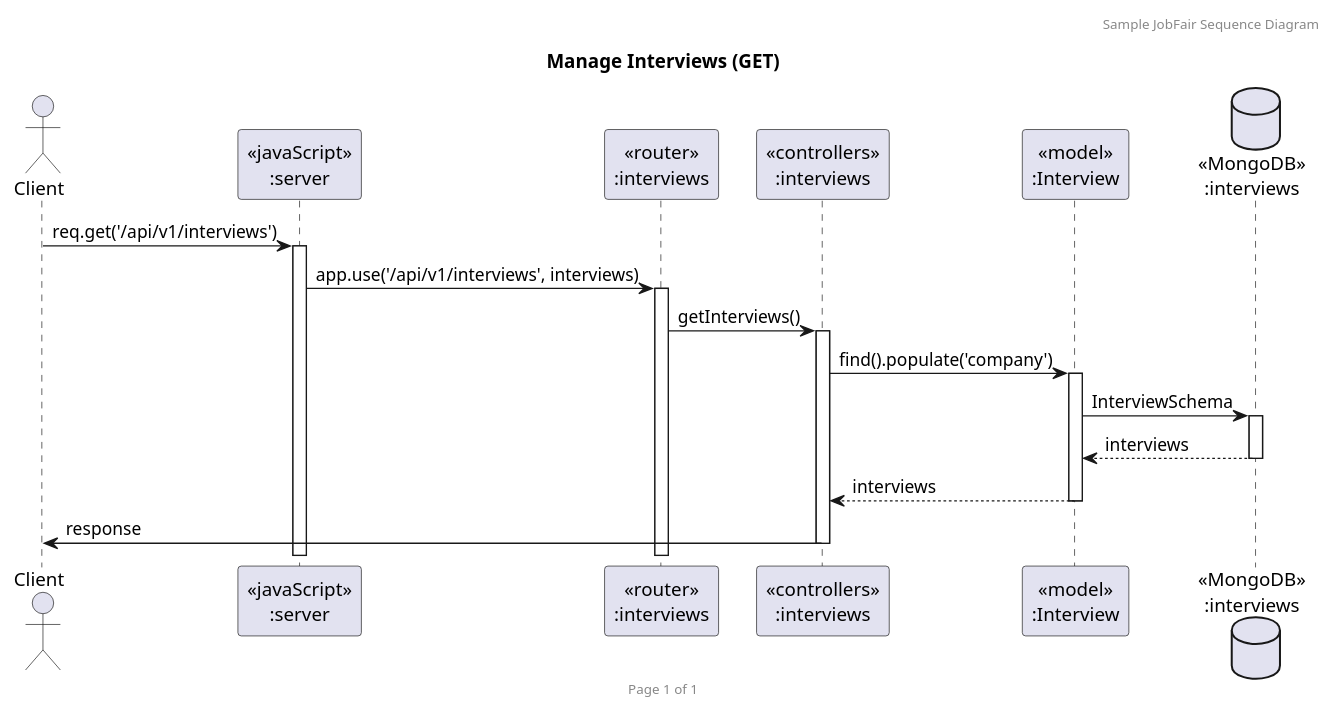
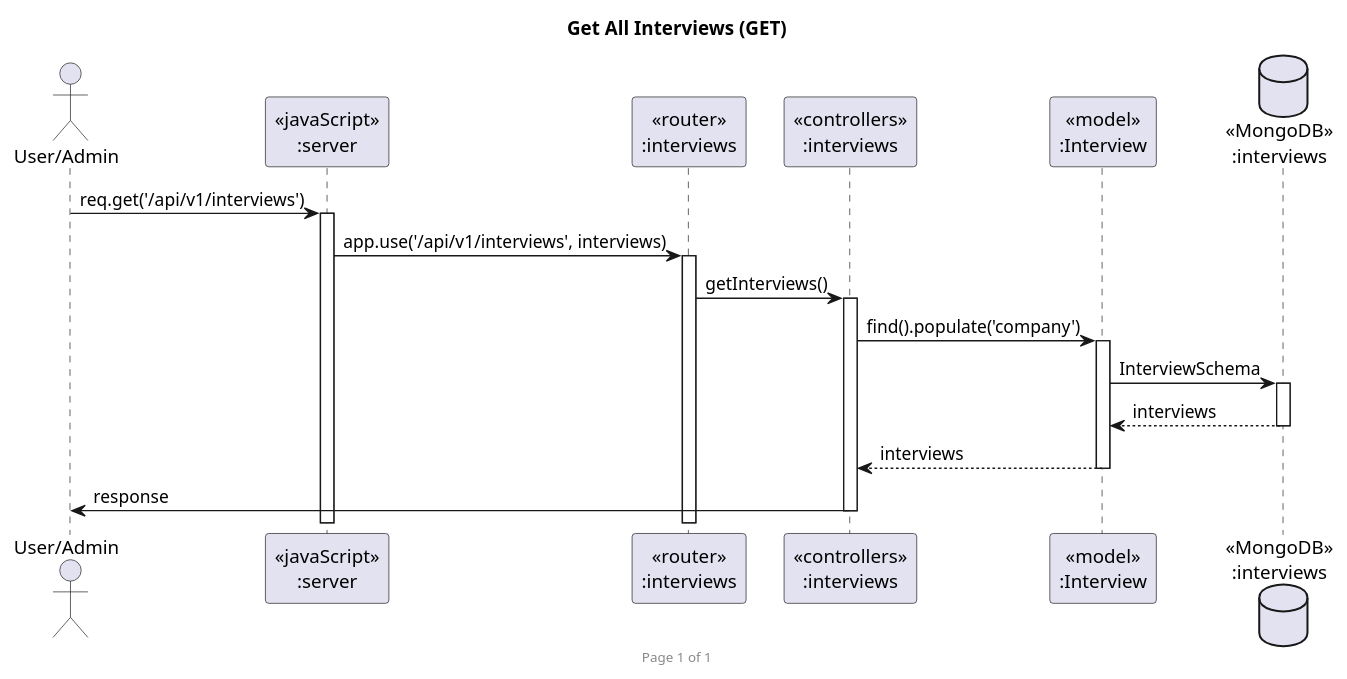
Before and after one commit to 2110503-CEDT68/be-project-68-vacq: diagram 11 of 15 in uml/sequence-diagram.puml, drawn with PlantUML. The commit also changed other lines of this file and 27 other files, not shown here.

Commit message:
Edit sequence diagram

```diff
--- a/uml/sequence-diagram.puml
+++ b/uml/sequence-diagram.puml
@@ -235,23 +225,22 @@
-@startuml Manage Interviews (GET)
+@startuml Get All Interviews (GET)
 
-header Sample JobFair Sequence Diagram
 footer Page %page% of %lastpage%
-title "Manage Interviews (GET)"
+title "Get All Interviews (GET)"
 
-actor "Client" as client
+actor "User/Admin" as client
 participant "<<javaScript>>\n:server" as server
 participant "<<router>>\n:interviews" as routerInterviews
 participant "<<controllers>>\n:interviews" as controllersInterviews
 participant "<<model>>\n:Interview" as modelInterview
 database "<<MongoDB>>\n:interviews" as InterviewsDatabase
 
 client->server ++: req.get('/api/v1/interviews')
 server->routerInterviews ++: app.use('/api/v1/interviews', interviews)
 routerInterviews -> controllersInterviews ++: getInterviews()
 controllersInterviews->modelInterview ++: find().populate('company')
 modelInterview ->InterviewsDatabase ++: InterviewSchema
 InterviewsDatabase --> modelInterview --: interviews
 controllersInterviews <-- modelInterview --: interviews
 controllersInterviews->client --: response
 
 @enduml
```
